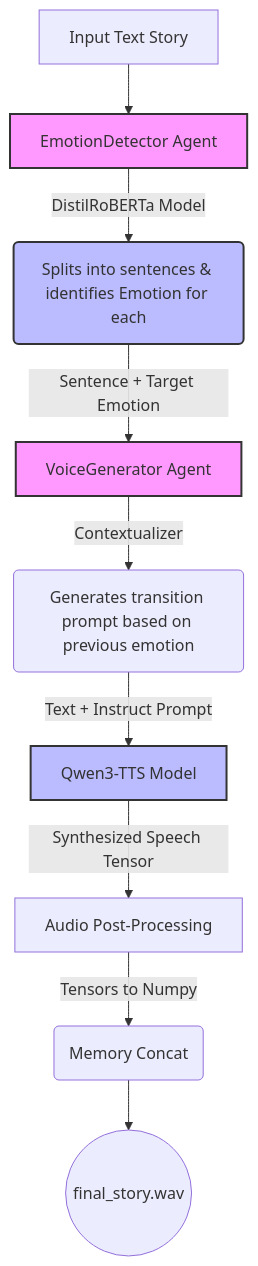
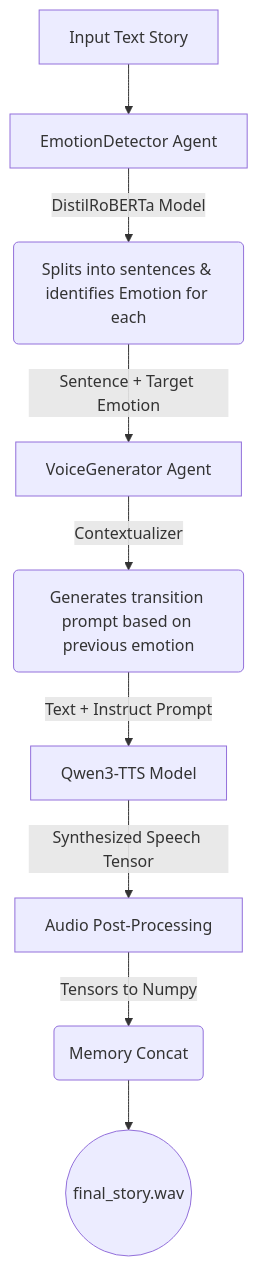
The diagram in README.md (Alen-121/StoryTeller_Qwen3tts_Bert), drawn with Mermaid before and after one commit. The commit also changed other lines of this file, not shown here.

````diff
--- a/README.md
+++ b/README.md
@@ -7,18 +7,15 @@
 ```mermaid
 graph TD
     A[Input Text Story] --> B[EmotionDetector Agent]
     B -->|DistilRoBERTa Model| C(Splits into sentences & identifies Emotion for each)
     
     C -->|Sentence + Target Emotion| D[VoiceGenerator Agent]
     D -->|Contextualizer| E(Generates transition prompt based on previous emotion)
     E -->|Text + Instruct Prompt| F[Qwen3-TTS Model]
     F -->|Synthesized Speech Tensor| G[Audio Post-Processing]
     
     G -->|Tensors to Numpy| H(Memory Concat)
     H --> I((final_story.wav))
 
-    classDef agent fill:#f9f,stroke:#333,stroke-width:2px;
-    classDef model fill:#bbf,stroke:#333,stroke-width:2px;
-    class B,D agent;
-    class C,F model;
+
 ```
````
